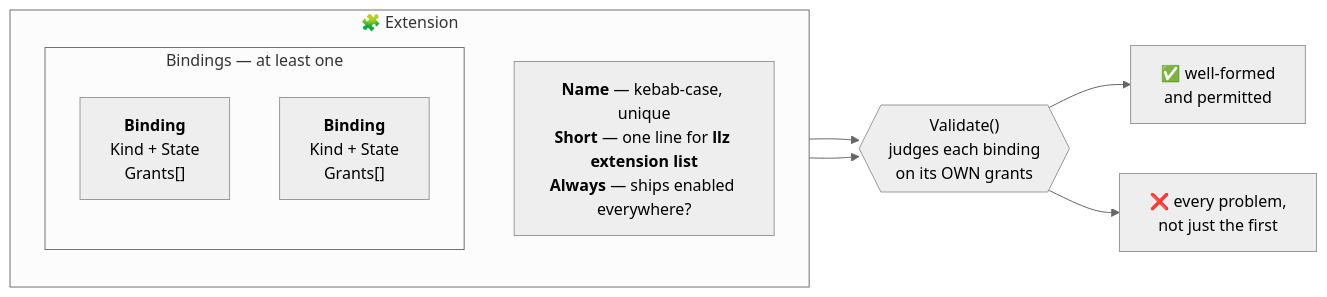
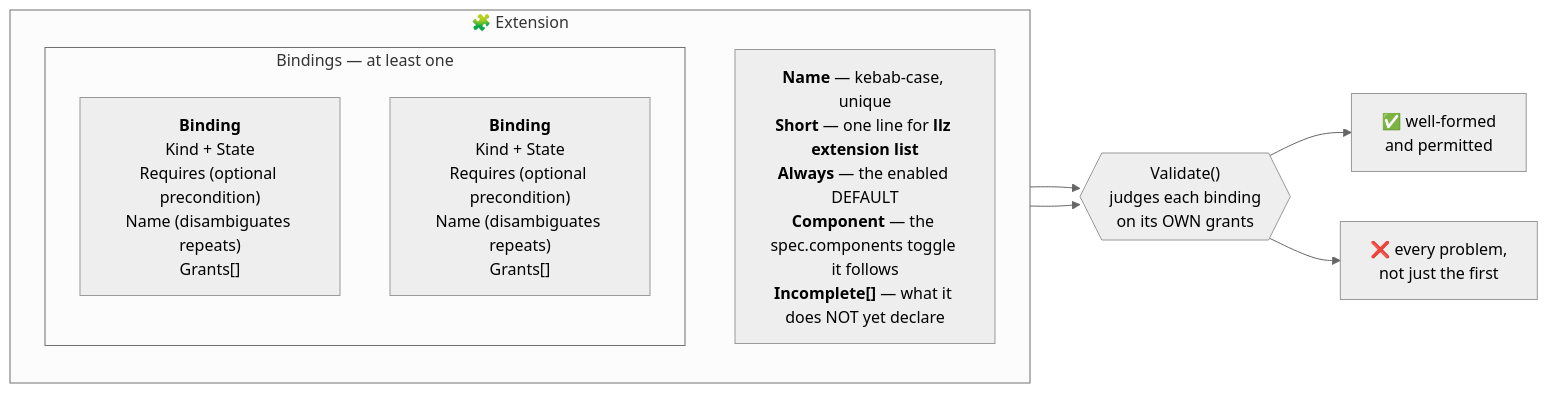
One commit to akamai-consulting/lke-landing-zone changed the third of 3 diagrams in docs/designs/internal-extension-model.md. Above: the diagram before and after it, drawn with Mermaid (neutral theme). The commit also changed other lines of this file and 7 other files, not shown here.

````diff
--- a/docs/designs/internal-extension-model.md
+++ b/docs/designs/internal-extension-model.md
@@ -423,16 +482,16 @@
 ```mermaid
 flowchart LR
     subgraph EXT["🧩 Extension"]
         direction TB
-        N["<b>Name</b> — kebab-case, unique<br/><b>Short</b> — one line for <b>llz extension list</b><br/><b>Always</b> — ships enabled everywhere?"]
+        N["<b>Name</b> — kebab-case, unique<br/><b>Short</b> — one line for <b>llz extension list</b><br/><b>Always</b> — the enabled DEFAULT<br/><b>Component</b> — the spec.components toggle it follows<br/><b>Incomplete[]</b> — what it does NOT yet declare"]
         subgraph BS["Bindings — at least one"]
             direction TB
-            B1["<b>Binding</b><br/>Kind + State<br/>Grants[]"]
-            B2["<b>Binding</b><br/>Kind + State<br/>Grants[]"]
+            B1["<b>Binding</b><br/>Kind + State<br/>Requires (optional precondition)<br/>Name (disambiguates repeats)<br/>Grants[]"]
+            B2["<b>Binding</b><br/>Kind + State<br/>Requires (optional precondition)<br/>Name (disambiguates repeats)<br/>Grants[]"]
         end
     end
     B1 --> V{{"Validate()<br/>judges each binding<br/>on its OWN grants"}}
     B2 --> V
     V --> OK["✅ well-formed<br/>and permitted"]
     V --> ERR["❌ every problem,<br/>not just the first"]
 ```
````
